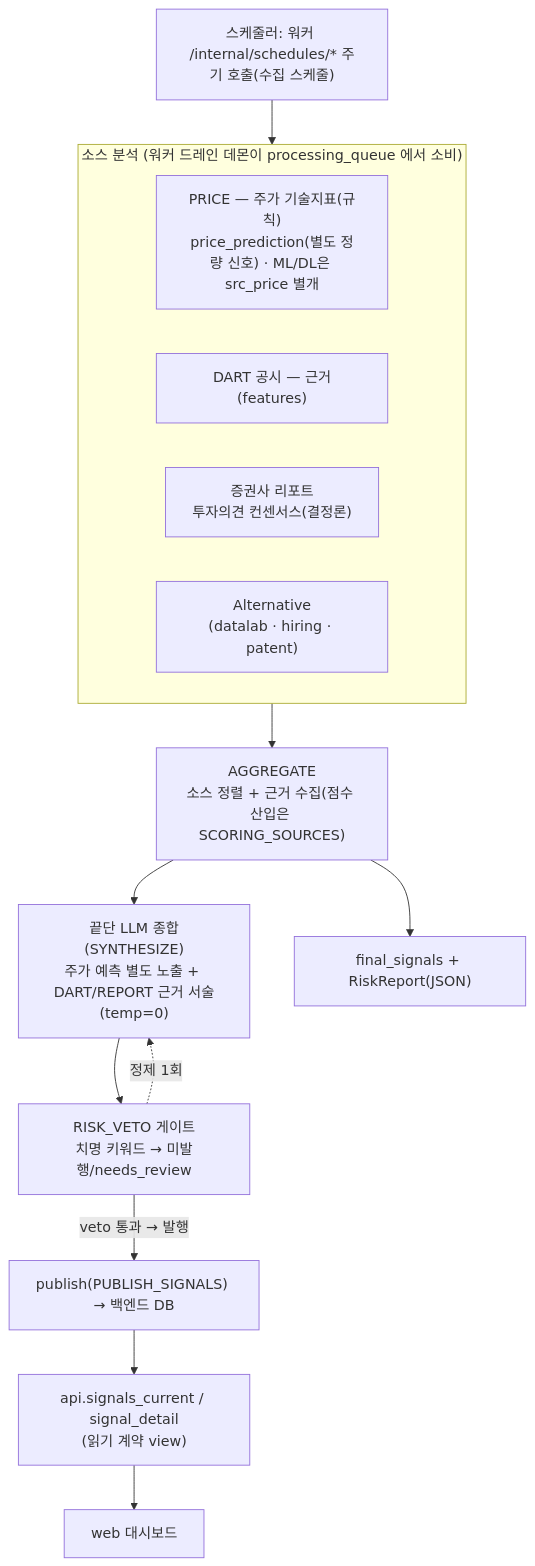
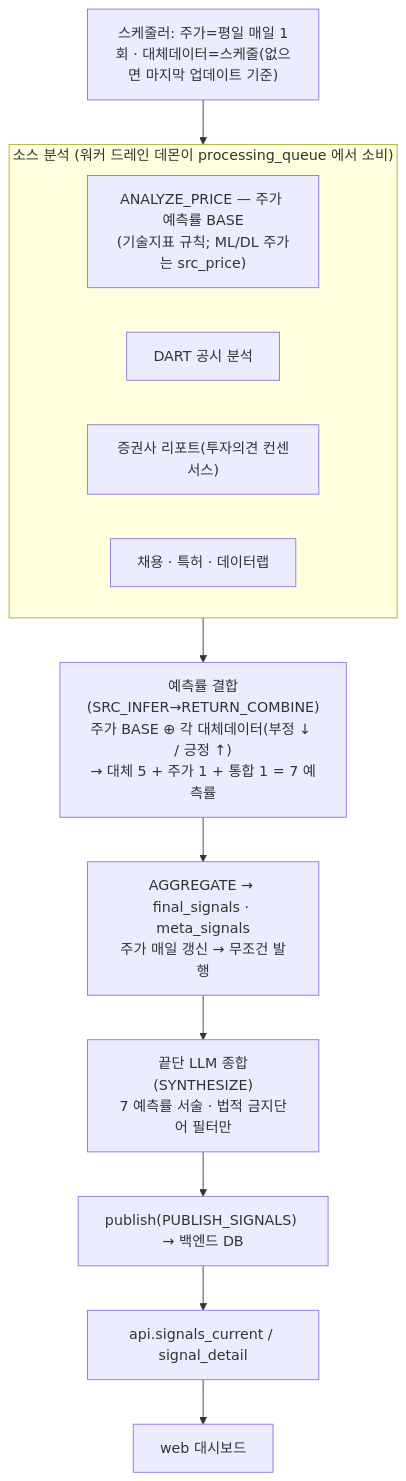
Before and after one commit to AIX14-3/signal-alpha: the third of 3 diagrams in docs/architecture-diagram.md, drawn with Mermaid. The commit also changed other lines of this file and 2 other files, not shown here.

Commit message:
docs(설계): 목표 설계로 재작성 — 7예측률 무조건 발행, 근거·RISK_VETO·run_recommend 폐기
사용자 설계 의도 반영(설계도 먼저 → 다음 코드 재작성). 워커·스케줄러 설계도를 목표로 정립:

핵심 모델:
- 주가 예측률을 **BASE**, 각 대체데이터(DART·리포트·채용·특허·데이터랩) 분석을 그 위에 **가/감산**
  (부정↓·긍정↑) → 대체 5 + 주가 1 + 통합 1 = **7 예측률**.
- 주가는 **평일 매일 1회 수집** → `ANALYZE_PRICE` 매일 → 종목마다 **7 예측률 무조건 발행**.
- 대체데이터 갱신 없으면 **마지막 업데이트 기준** 재사용(유효기간 표기 + LLM 설명 보강).
- 끝단 LLM(SYNTHESIZE)은 7 예측률을 서술; 유일 가드 = **법적 금지단어 필터**(투자·매수·매도·적극매수·적극매도).

제거(싹 다): `RISK_VETO`(치명키워드 발행 보류) · `run_recommend→recommendations`(추천 랭킹) ·
발행의 **근거 이벤트 게이팅**/발행 판정 · 결정론 SCORING_SOURCES 헤드라인 점수 · 근거(evidence) 프레이밍.

변경:
- worker-pipeline-detailed.md: 전체 흐름 mermaid 재작성 + **스케줄러·수집 주기 설계도 신설** +
  단계별 동작/발행 정책/헤더를 목표 설계로. "현재 코드와의 차이(재작성 대기)" 명시.
- architecture-diagram.md: 멀티에이전트 흐름을 7예측률 무조건 발행으로(RISK_VETO 제거).
- worker-architecture.svg: 체인 RISK_VETO 박스 제거(SYNTHESIZE→PUBLISH 직결), 섹션③ AGGREGATE/
  SYNTHESIZE/결과/대체데이터 박스·범례를 7예측률 중심으로.

코드 변경 없음(문서만). 설계 확정 후 코드 재작성 예정.

````diff
--- a/docs/architecture-diagram.md
+++ b/docs/architecture-diagram.md
@@ -151,21 +151,18 @@
 ```mermaid
 flowchart TB
-    sch2["스케줄러: 워커 /internal/schedules/* 주기 호출(수집 스케줄)"]
+    sch2["스케줄러: 주가=평일 매일 1회 · 대체데이터=스케줄(없으면 마지막 업데이트 기준)"]
     subgraph fan["소스 분석 (워커 드레인 데몬이 processing_queue 에서 소비)"]
-        price["PRICE — 주가 기술지표(규칙)<br/>price_prediction(별도 정량 신호) · ML/DL은 src_price 별개"]
-        dart["DART 공시 — 근거(features)"]
-        report["증권사 리포트<br/>투자의견 컨센서스(결정론)"]
-        alt["Alternative<br/>(datalab · hiring · patent)"]
+        price["ANALYZE_PRICE — 주가 예측률 BASE<br/>(기술지표 규칙; ML/DL 주가는 src_price)"]
+        dart["DART 공시 분석"]
+        report["증권사 리포트(투자의견 컨센서스)"]
+        alt["채용 · 특허 · 데이터랩"]
     end
-    agg["AGGREGATE<br/>소스 정렬 + 근거 수집(점수 산입은 SCORING_SOURCES)"]
-    synth["끝단 LLM 종합(SYNTHESIZE)<br/>주가 예측 별도 노출 + DART/REPORT 근거 서술(temp=0)"]
-    rv2["RISK_VETO 게이트<br/>치명 키워드 → 미발행/needs_review"]
-    fs["final_signals + RiskReport(JSON)"]
+    comb["예측률 결합(SRC_INFER→RETURN_COMBINE)<br/>주가 BASE ⊕ 각 대체데이터(부정 ↓ / 긍정 ↑)<br/>→ 대체 5 + 주가 1 + 통합 1 = 7 예측률"]
+    agg["AGGREGATE → final_signals · meta_signals<br/>주가 매일 갱신 → 무조건 발행"]
+    synth["끝단 LLM 종합(SYNTHESIZE)<br/>7 예측률 서술 · 법적 금지단어 필터만"]
     pub["publish(PUBLISH_SIGNALS) → 백엔드 DB"]
-    api2["api.signals_current / signal_detail<br/>(읽기 계약 view)"]
+    api2["api.signals_current / signal_detail"]
     web2["web 대시보드"]
 
-    sch2 --> fan --> agg --> synth --> rv2 -- "veto 통과 → 발행" --> pub --> api2 --> web2
-    rv2 -. "정제 1회" .-> synth
-    agg --> fs
+    sch2 --> fan --> comb --> agg --> synth --> pub --> api2 --> web2
 ```
````
